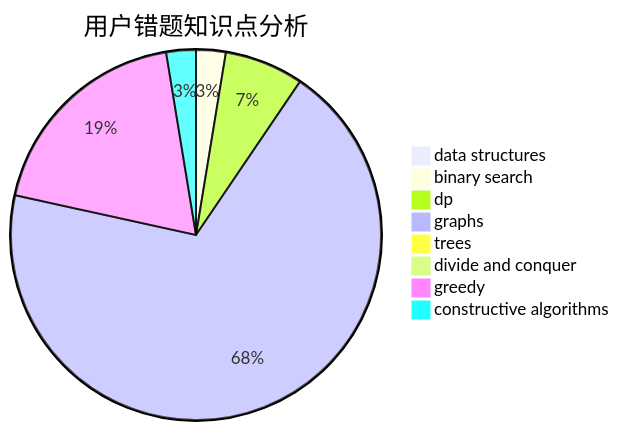
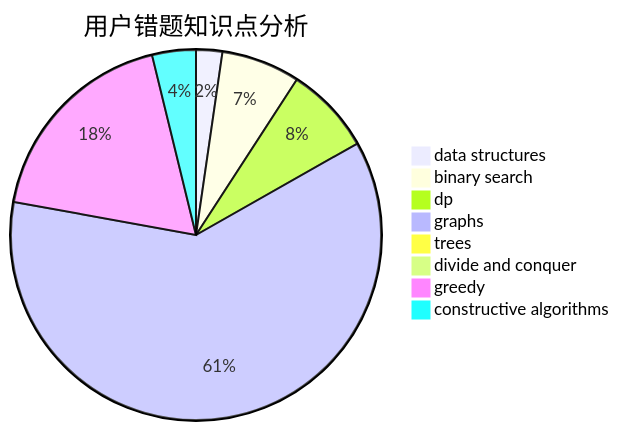
One commit to sherpahu/cfrs.github.io changed the third of 3 diagrams in docs/user/u361.md. Above: the diagram before and after it, drawn with Mermaid. The commit also changed other lines of this file and 2770 other files, not shown here.

````diff
--- a/docs/user/u361.md
+++ b/docs/user/u361.md
@@ -36,11 +36,11 @@
 ```mermaid
 pie title 用户错题知识点分析
-    "data structures" :  1
-    "binary search" :  3
-    "dp" :  8
+    "data structures" :  3
+    "binary search" :  9
+    "dp" :  10
     "graphs" :  80
     "trees" :  0
     "divide and conquer" :  0
-    "greedy" :  22
-    "constructive algorithms" :  3
+    "greedy" :  24
+    "constructive algorithms" :  5
 ```
````
